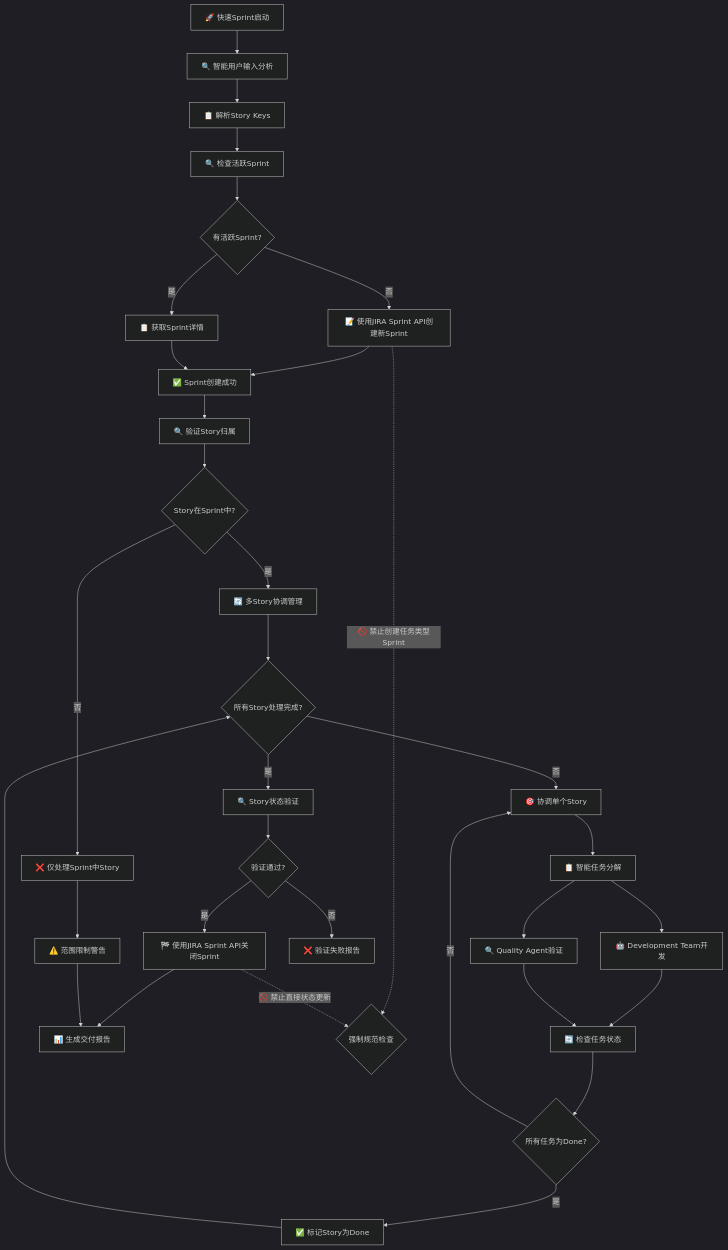
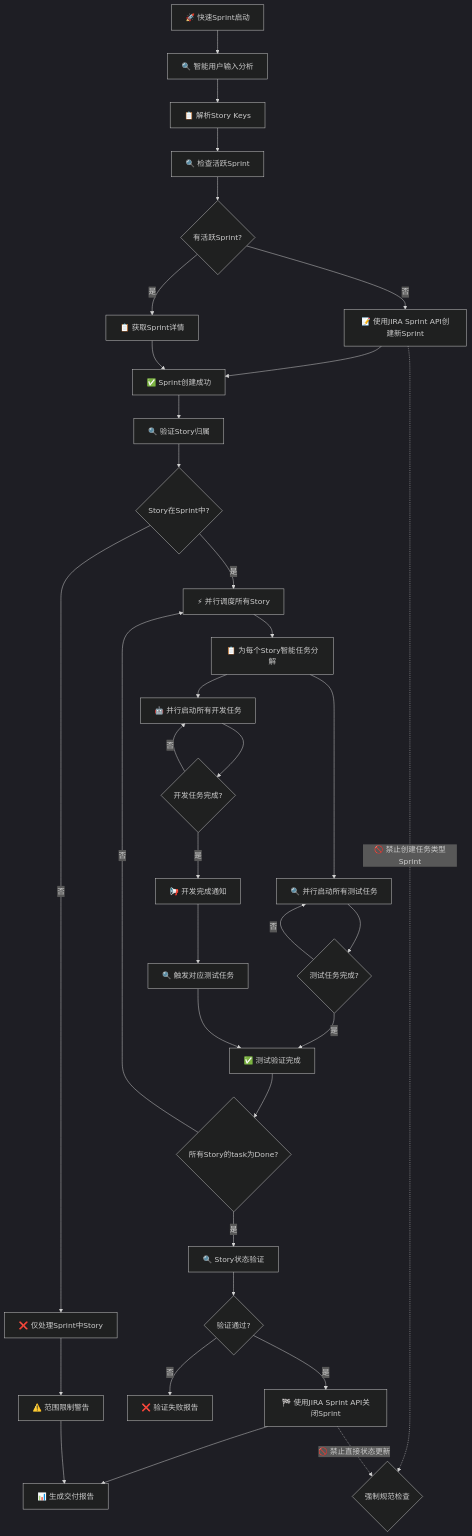
Before and after one commit to ouyangshixiong/context-engineering-zh: the first of 12 diagrams in plugins/agile-marketplace/sprint-plugin/commands/快速sprint.md, drawn with Mermaid (dark theme). The commit also changed other lines of this file and 4 other files, not shown here.

````diff
--- a/plugins/agile-marketplace/sprint-plugin/commands/快速sprint.md
+++ b/plugins/agile-marketplace/sprint-plugin/commands/快速sprint.md
@@ -58,38 +59,44 @@
 ```mermaid
 flowchart TD
     A[🚀 快速Sprint启动] --> B[🔍 智能用户输入分析]
     B --> C[📋 解析Story Keys]
     C --> D[🔍 检查活跃Sprint]
     D --> E{有活跃Sprint?}
     E -->|否| F[📝 使用JIRA Sprint API创建新Sprint]
     E -->|是| G[📋 获取Sprint详情]
     F --> H[✅ Sprint创建成功]
     G --> H
     H --> I[🔍 验证Story归属]
     I --> J{Story在Sprint中?}
     J -->|否| K[❌ 仅处理Sprint中Story]
-    J -->|是| L[🔄 多Story协调管理]
+    J -->|是| L[⚡ 并行调度所有Story]
     K --> M[⚠️ 范围限制警告]
-    L --> N{所有Story处理完成?}
-    N -->|否| O[🎯 协调单个Story]
-    O --> P[📋 智能任务分解]
-    P --> Q[🤖 Development Team开发]
-    P --> R[🔍 Quality Agent验证]
-    Q --> S[🔄 检查任务状态]
-    R --> S
-    S --> T{所有任务为Done?}
-    T -->|否| O
-    T -->|是| U[✅ 标记Story为Done]
-    U --> N
-    N -->|是| V[🔍 Story状态验证]
-    V --> W{验证通过?}
-    W -->|否| X[❌ 验证失败报告]
-    W -->|是| Y[🏁 使用JIRA Sprint API关闭Sprint]
-    Y --> Z[📊 生成交付报告]
-    M --> Z
+    L --> N[📋 为每个Story智能任务分解]
+    N --> O[🤖 并行启动所有开发任务]
+    N --> P[🔍 并行启动所有测试任务]
+
+    O --> Q{开发任务完成?}
+    Q -->|否| O
+    Q -->|是| R[📢 开发完成通知]
+    R --> S[🔍 触发对应测试任务]
+
+    P --> T{测试任务完成?}
+    T -->|否| P
+    T -->|是| U[✅ 测试验证完成]
+
+    S --> U
+
+    U --> V{所有Story的task为Done?}
+    V -->|否| L
+    V -->|是| W[🔍 Story状态验证]
+    W --> X{验证通过?}
+    X -->|否| Y[❌ 验证失败报告]
+    X -->|是| Z[🏁 使用JIRA Sprint API关闭Sprint]
+    Z --> AA[📊 生成交付报告]
+    M --> AA
 
     %% 强制规范检查
-    F -.->|🚫 禁止创建任务类型Sprint| AA[强制规范检查]
-    Y -.->|🚫 禁止直接状态更新| AA
-    AA{强制规范检查}
+    F -.->|🚫 禁止创建任务类型Sprint| BB[强制规范检查]
+    Z -.->|🚫 禁止直接状态更新| BB
+    BB{强制规范检查}
 ```
````
